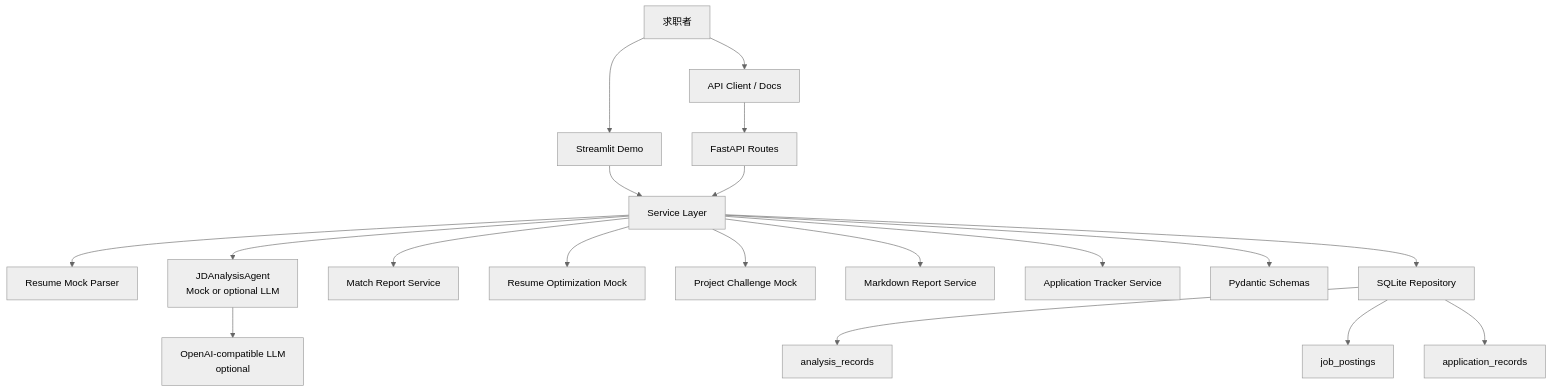
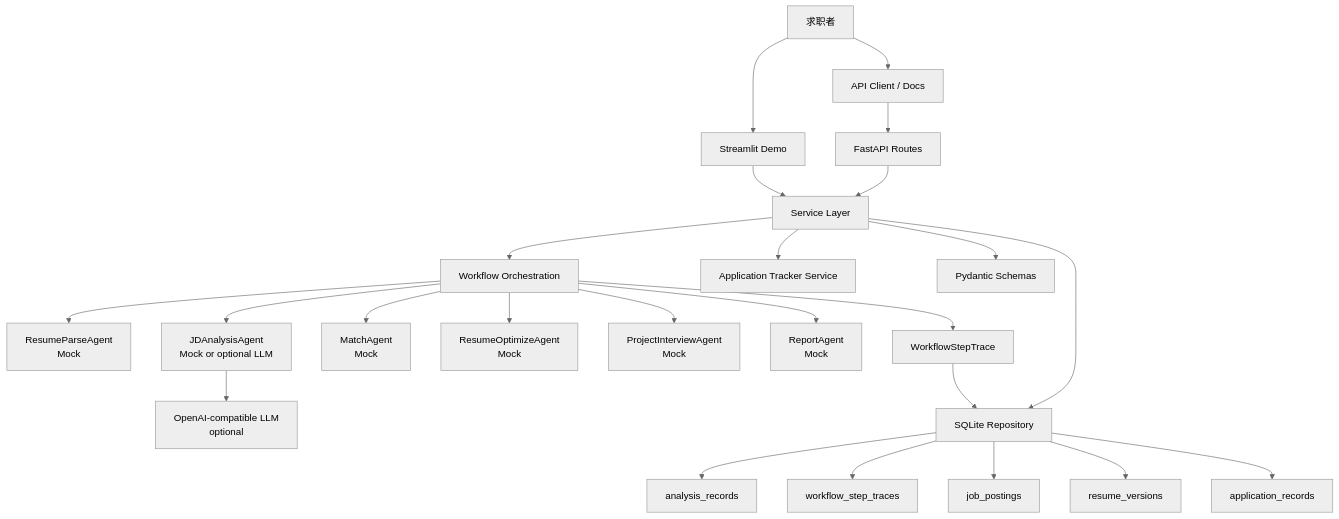
The diagram in README.md (123090165/jobagent), drawn with Mermaid (neutral theme) before and after one commit. The commit also changed other lines of this file and 9 other files, not shown here.

Commit message:
docs: document workflow trace persistence

````diff
--- a/README.md
+++ b/README.md
@@ -47,25 +47,30 @@
 ```mermaid
 flowchart TD
     User["求职者"] --> UI["Streamlit Demo"]
     User --> APIClient["API Client / Docs"]
 
     UI --> Services["Service Layer"]
     APIClient --> FastAPI["FastAPI Routes"]
     FastAPI --> Services
 
-    Services --> Resume["Resume Mock Parser"]
-    Services --> JD["JDAnalysisAgent<br/>Mock or optional LLM"]
-    Services --> Match["Match Report Service"]
-    Services --> Optimize["Resume Optimization Mock"]
-    Services --> Challenge["Project Challenge Mock"]
-    Services --> Report["Markdown Report Service"]
+    Services --> Workflow["Workflow Orchestration"]
+    Workflow --> Resume["ResumeParseAgent<br/>Mock"]
+    Workflow --> JD["JDAnalysisAgent<br/>Mock or optional LLM"]
+    Workflow --> Match["MatchAgent<br/>Mock"]
+    Workflow --> Optimize["ResumeOptimizeAgent<br/>Mock"]
+    Workflow --> Challenge["ProjectInterviewAgent<br/>Mock"]
+    Workflow --> Report["ReportAgent<br/>Mock"]
+    Workflow --> Trace["WorkflowStepTrace"]
     Services --> AppTracker["Application Tracker Service"]
 
     JD --> LLM["OpenAI-compatible LLM<br/>optional"]
     Services --> Schemas["Pydantic Schemas"]
     Services --> Storage["SQLite Repository"]
+    Trace --> Storage
 
     Storage --> Records["analysis_records"]
+    Storage --> StepTraces["workflow_step_traces"]
     Storage --> Jobs["job_postings"]
+    Storage --> ResumeVersions["resume_versions"]
     Storage --> Applications["application_records"]
 ```
````
